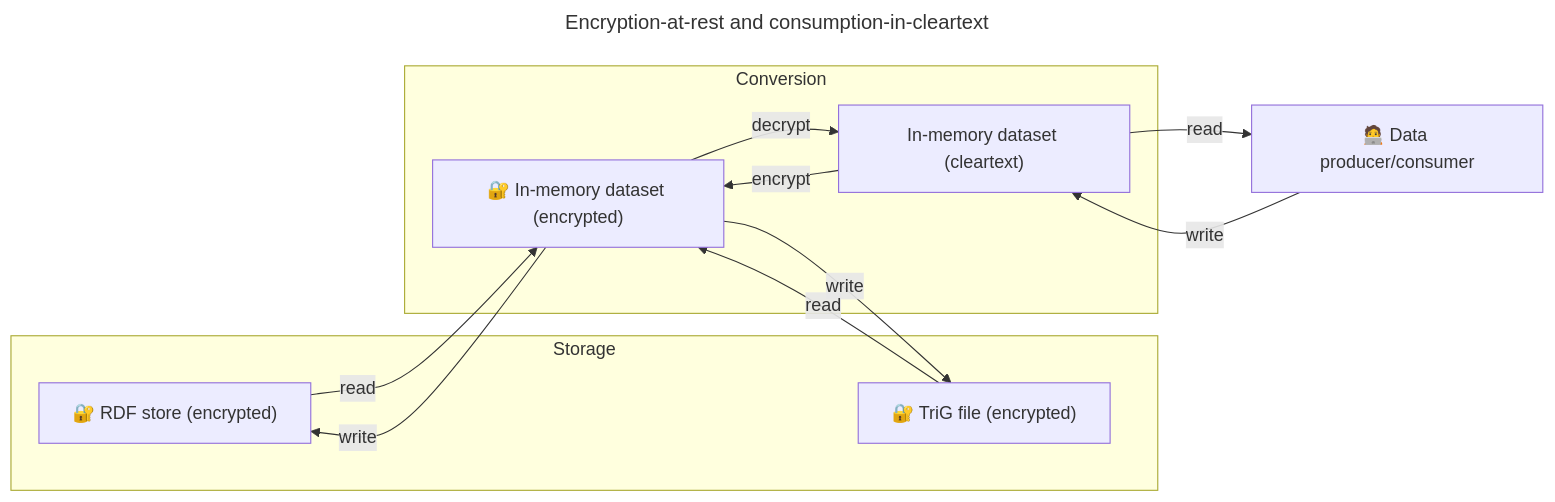
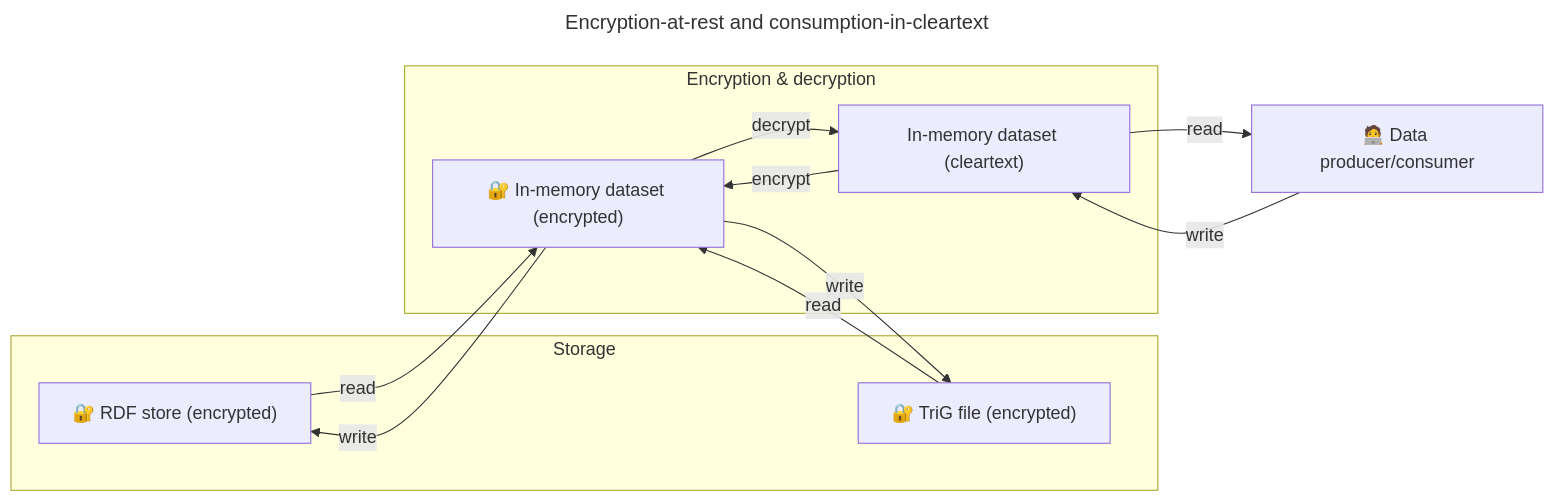
Before and after one commit to doga/rdf-encryption: the first of 3 diagrams in README.md, drawn with Mermaid. The commit also changed other lines of this file and 2 other files, not shown here.

Commit message:
implement decryption

````diff
--- a/README.md
+++ b/README.md
@@ -12,23 +12,23 @@
 ```mermaid
 ---
 title: Encryption-at-rest and consumption-in-cleartext
 ---
 flowchart LR
   subgraph storage["Storage"]
     store["🔐 RDF store (encrypted)"]
     trig["🔐 TriG file (encrypted)"]
   end
-  subgraph conversion["Conversion"]
+  subgraph conversion["Encryption & decryption "]
     cleartext["In-memory dataset (cleartext)"]
     encrypted["🔐 In-memory dataset (encrypted)"]
   end
     prosumer["🧑‍💻 Data producer/consumer"]
     cleartext -- encrypt --> encrypted
     encrypted -- decrypt --> cleartext
     prosumer -- write --> cleartext
     cleartext -- read --> prosumer
     encrypted -- write --> store
     store -- read --> encrypted
     encrypted -- write --> trig
     trig -- read --> encrypted
 ```
````
